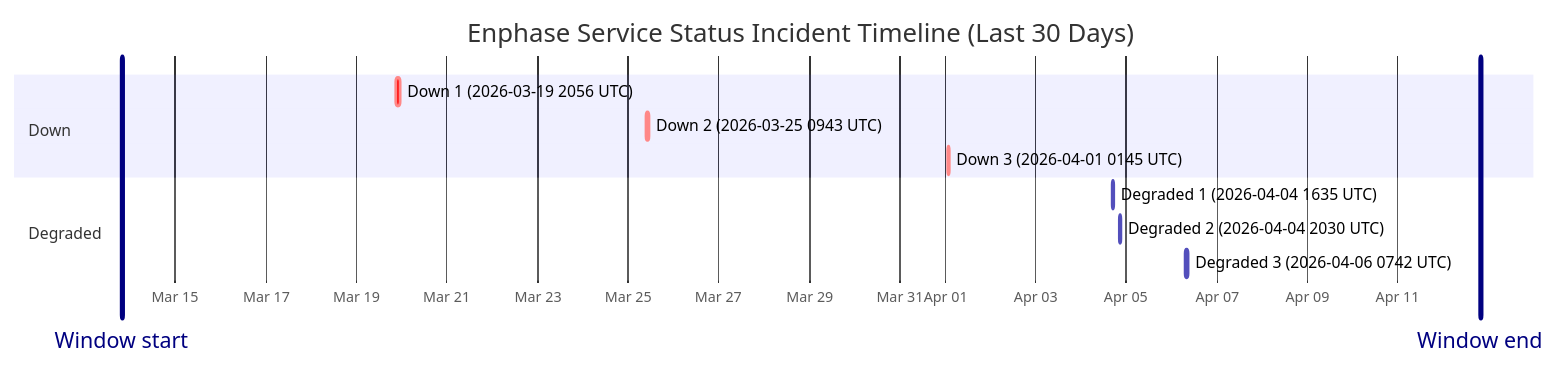
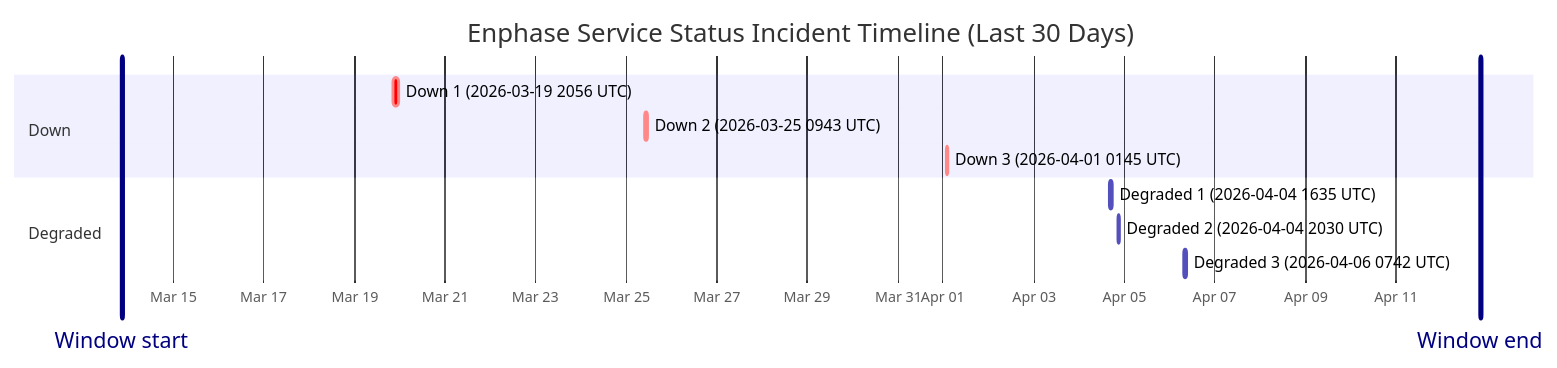
The diagram in wiki/Service-Status-History.md (barneyonline/ha-enphase-ev-charger), drawn with Mermaid before and after one commit. The commit also changed other lines of this file and 3 other files, not shown here.

````diff
--- a/wiki/Service-Status-History.md
+++ b/wiki/Service-Status-History.md
@@ -14,16 +14,16 @@
 ```mermaid
 gantt
     title Enphase Service Status Incident Timeline (Last 30 Days)
     dateFormat  YYYY-MM-DDTHH:mm:ss
     axisFormat  %b %d
-    Window start :vert, window-start, 2026-03-13T19:38:43, 0ms
-    Window end :vert, window-end, 2026-04-12T19:38:43, 0ms
+    Window start :vert, window-start, 2026-03-13T20:35:28, 0ms
+    Window end :vert, window-end, 2026-04-12T20:35:28, 0ms
     section Down
     Down 1 (2026-03-19 2056 UTC) :crit, down-1, 2026-03-19T20:56:20, 145m
     Down 2 (2026-03-25 0943 UTC) :crit, down-2, 2026-03-25T09:43:28, 111m
     Down 3 (2026-04-01 0145 UTC) :crit, down-3, 2026-04-01T01:45:09, 60m
     section Degraded
     Degraded 1 (2026-04-04 1635 UTC) :active, degraded-1, 2026-04-04T16:35:17, 60m
     Degraded 2 (2026-04-04 2030 UTC) :active, degraded-2, 2026-04-04T20:30:40, 60m
     Degraded 3 (2026-04-06 0742 UTC) :active, degraded-3, 2026-04-06T07:42:09, 85m
 ```
````
